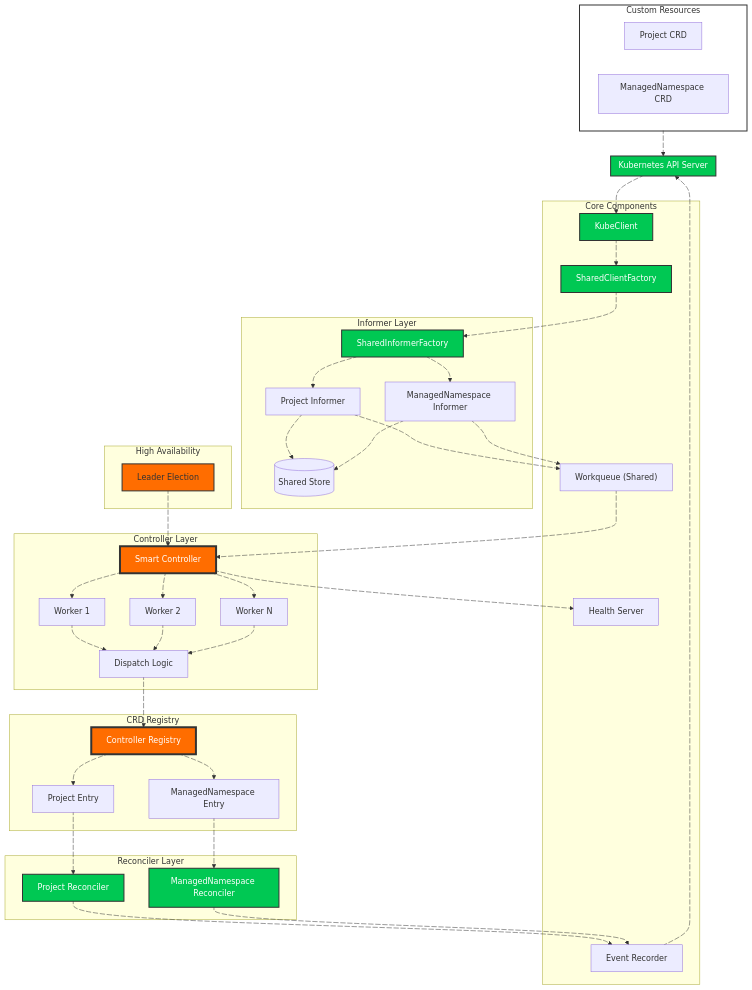
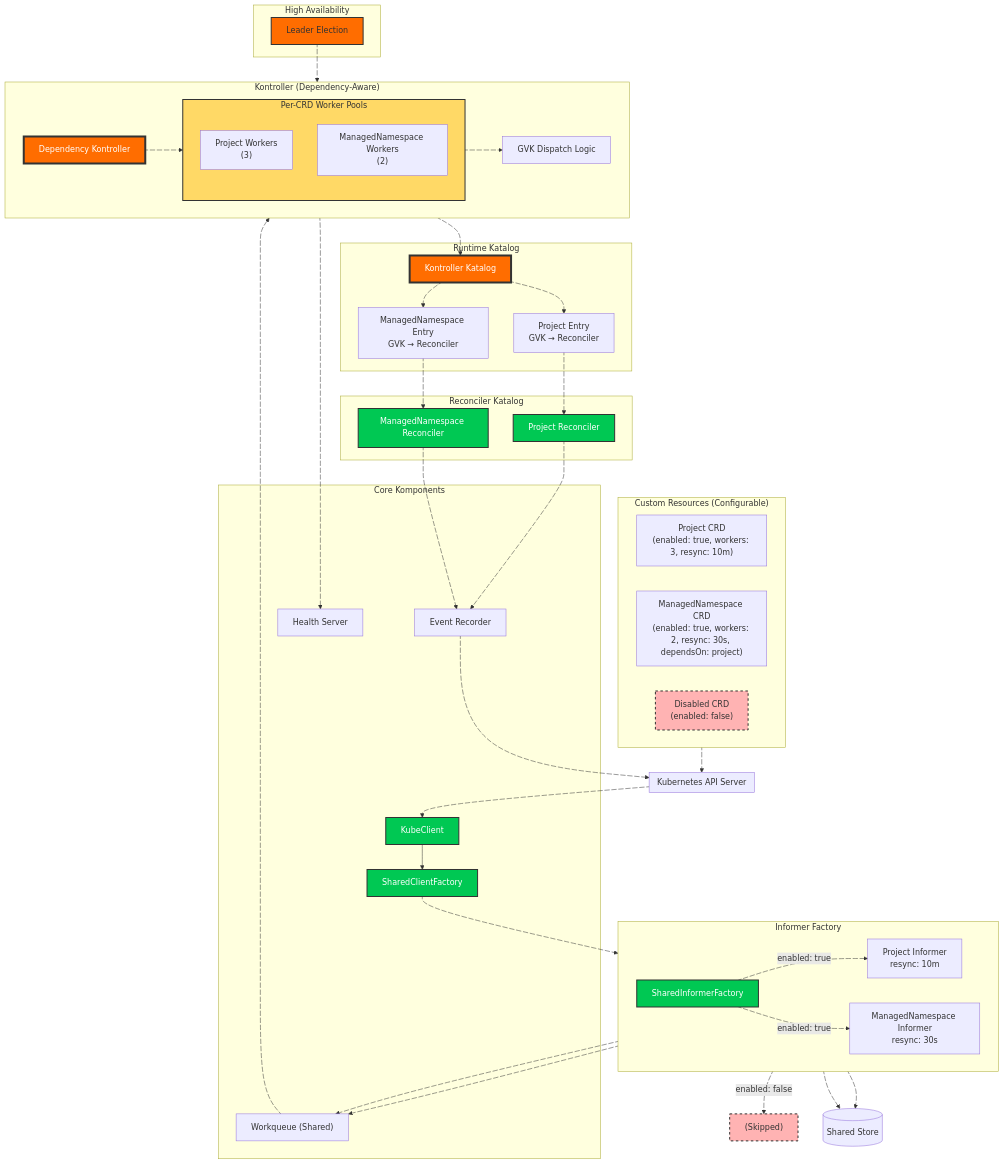
The diagram in README.md (iAlexeze/orkestra), drawn with Mermaid before and after one commit. The commit also changed other lines of this file and 93 other files, not shown here.

````diff
--- a/README.md
+++ b/README.md
@@ -22,98 +59,101 @@
 ```mermaid
 flowchart TB
- subgraph CRDs["Custom Resources"]
-        P["Project CRD"]
-        M["ManagedNamespace CRD"]
+ subgraph CRDs["Custom Resources (Configurable)"]
+        P["Project CRD<br>(enabled: true, workers: 3, resync: 10m)"]
+        M["ManagedNamespace CRD<br>(enabled: true, workers: 2, resync: 30s, dependsOn: project)"]
+        D["Disabled CRD<br>(enabled: false)"]
   end
  subgraph API["Kubernetes API Server"]
   end
- subgraph Core["Core Components"]
+ subgraph Core["Core Komponents"]
         KC["KubeClient"]
         FC["SharedClientFactory"]
         EV["Event Recorder"]
         HS["Health Server"]
         WQ["Workqueue (Shared)"]
   end
- subgraph Informers["Informer Layer"]
+ subgraph Informers["Informer Factory"]
+    direction LR
         SIF["SharedInformerFactory"]
-        PI["Project Informer"]
-        MI["ManagedNamespace Informer"]
-        STORE[("Shared Store")]
+        PI["Project Informer<br>resync: 10m"]
+        MI["ManagedNamespace Informer<br>resync: 30s"]
   end
- subgraph Registry["CRD Registry"]
-        REG["Controller Registry"]
-        R1["Project Entry"]
-        R2["ManagedNamespace Entry"]
+ subgraph Katalog["Runtime Katalog"]
+        REG["Kontroller Katalog"]
+        R1["Project Entry<br>GVK → Reconciler"]
+        R2["ManagedNamespace Entry<br>GVK → Reconciler"]
   end
- subgraph Controller["Controller Layer"]
-        C["Smart Controller"]
-        W1["Worker 1"]
-        W2["Worker 2"]
-        W3["Worker N"]
-        DISPATCH["Dispatch Logic"]
+ subgraph Workers["Per-CRD Worker Pools"]
+        W1["Project Workers<br>(3)"]
+        W2["ManagedNamespace Workers<br>(2)"]
+  end
+ subgraph Kontroller["Kontroller (Dependency-Aware)"]
+    direction LR
+        C["Dependency Kontroller"]
+        Workers
+        DISPATCH["GVK Dispatch Logic"]
   end
  subgraph HA["High Availability"]
         LE["Leader Election"]
   end
- subgraph Reconcilers["Reconciler Layer"]
+ subgraph Reconcilers["Reconciler Katalog"]
         PR["Project Reconciler"]
         MR["ManagedNamespace Reconciler"]
   end
-    CRDs --> API
-    API --> KC
+    CRDs L_CRDs_API_0@--> API
+    API L_API_KC_0@--> KC
     KC --> FC
-    FC --> SIF
-    SIF --> PI & MI
-    PI --> STORE & WQ
-    MI --> STORE & WQ
-    WQ --> C
-    C --> W1 & W2 & W3 & HS
-    W1 --> DISPATCH
-    W2 --> DISPATCH
-    W3 --> DISPATCH
-    DISPATCH --> REG
-    REG --> R1 & R2
-    R1 --> PR
-    R2 --> MR
-    PR --> EV
-    MR --> EV
-    LE --> C
-    EV --> API
+    FC L_FC_SIF_0@--> SIF
+    SIF L_SIF_PI_0@-. enabled: true .-> PI & MI
+    SIF L_SIF_DI_0@-. enabled: false .-> DI["(Skipped)"]
+    PI L_PI_STORE_0@--> STORE[("Shared Store")] & WQ
+    MI L_MI_STORE_0@--> STORE & WQ
+    WQ L_WQ_C_0@--> C
+    C L_C_Workers_0@--> Workers & HS
+    Workers L_Workers_DISPATCH_0@--> DISPATCH
+    DISPATCH L_DISPATCH_REG_0@--> REG
+    REG L_REG_R1_0@--> R1 & R2
+    R1 L_R1_PR_0@-.-> PR
+    R2 L_R2_MR_0@-.-> MR
+    PR L_PR_EV_0@--> EV
+    MR L_MR_EV_0@--> EV
+    LE L_LE_C_0@--> C
+    EV L_EV_API_0@--> API
 
+     D:::disabled
+     DI:::disabled
+    classDef disabled fill:#FFB3B3,stroke:#333,stroke-width:2px,stroke-dasharray: 5 5
+    style D fill:#FFB3B3,stroke:#333,stroke-width:2px
     style KC fill:#00C853,stroke:#333,stroke-width:2px,color:#FFFFFF
     style FC fill:#00C853,stroke:#333,stroke-width:2px,color:#FFFFFF
     style SIF fill:#00C853,stroke:#333,stroke-width:2px,color:#FFFFFF
     style REG fill:#FF6D00,stroke:#333,stroke-width:4px,color:#FFFFFF
     style C fill:#FF6D00,stroke:#333,stroke-width:4px,color:#FFFFFF
+    style Workers fill:#FFD966,stroke:#333,stroke-width:2px
     style LE fill:#FF6D00,stroke:#333,stroke-width:2px
     style PR fill:#00C853,stroke:#333,stroke-width:2px,color:#FFFFFF
     style MR fill:#00C853,stroke:#333,stroke-width:2px,color:#FFFFFF
-    style CRDs fill:transparent,stroke:#333,stroke-width:2px
-    style API fill:#00C853,stroke:#333,stroke-width:2px,color:#FFFFFF
+    style DI fill:#FFB3B3,stroke:#333,stroke-width:2px,stroke-dasharray: 5 5
 
     L_CRDs_API_0@{ animation: fast } 
     L_API_KC_0@{ animation: fast } 
-    L_KC_FC_0@{ animation: fast } 
     L_FC_SIF_0@{ animation: fast } 
     L_SIF_PI_0@{ animation: fast } 
     L_SIF_MI_0@{ animation: fast } 
+    L_SIF_DI_0@{ animation: fast } 
     L_PI_STORE_0@{ animation: fast } 
     L_PI_WQ_0@{ animation: fast } 
     L_MI_STORE_0@{ animation: fast } 
     L_MI_WQ_0@{ animation: fast } 
     L_WQ_C_0@{ animation: fast } 
-    L_C_W1_0@{ animation: fast } 
-    L_C_W2_0@{ animation: fast } 
-    L_C_W3_0@{ animation: fast } 
+    L_C_Workers_0@{ animation: fast } 
     L_C_HS_0@{ animation: fast } 
-    L_W1_DISPATCH_0@{ animation: fast } 
-    L_W2_DISPATCH_0@{ animation: fast } 
-    L_W3_DISPATCH_0@{ animation: fast } 
+    L_Workers_DISPATCH_0@{ animation: fast } 
     L_DISPATCH_REG_0@{ animation: fast } 
     L_REG_R1_0@{ animation: fast } 
     L_REG_R2_0@{ animation: fast } 
-    L_R1_PR_0@{ animation: fast } 
-    L_R2_MR_0@{ animation: fast } 
+    L_R1_PR_0@{ animation: slow } 
+    L_R2_MR_0@{ animation: slow } 
     L_PR_EV_0@{ animation: fast } 
     L_MR_EV_0@{ animation: fast } 
     L_LE_C_0@{ animation: fast } 
````
